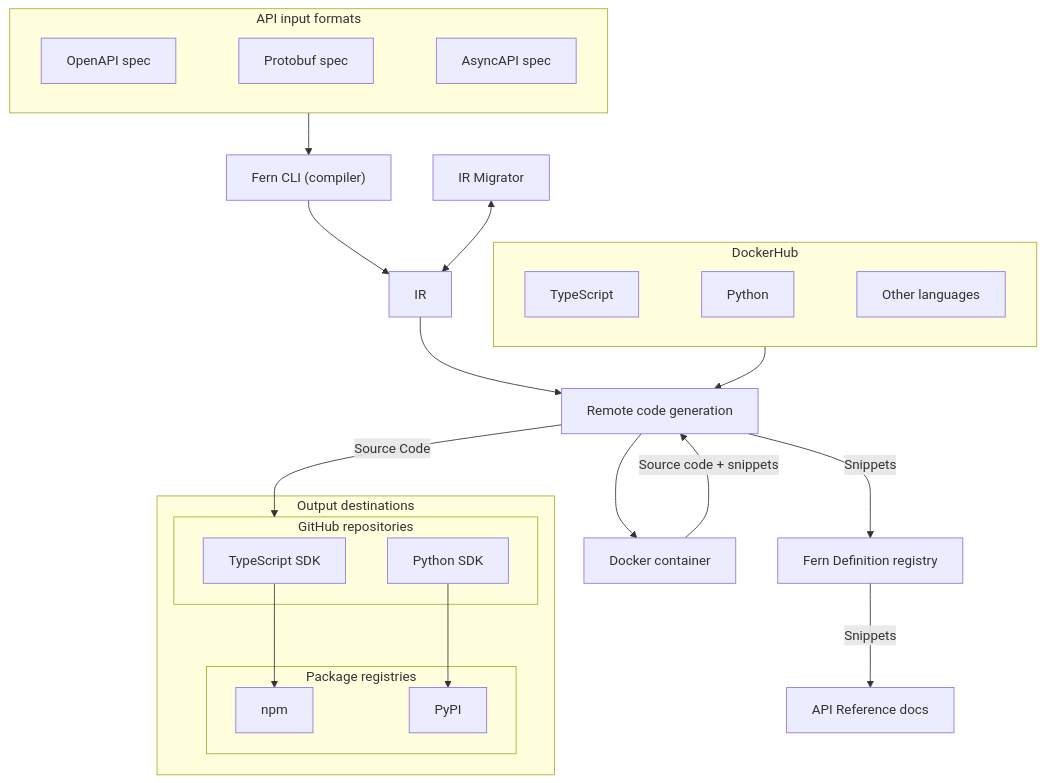
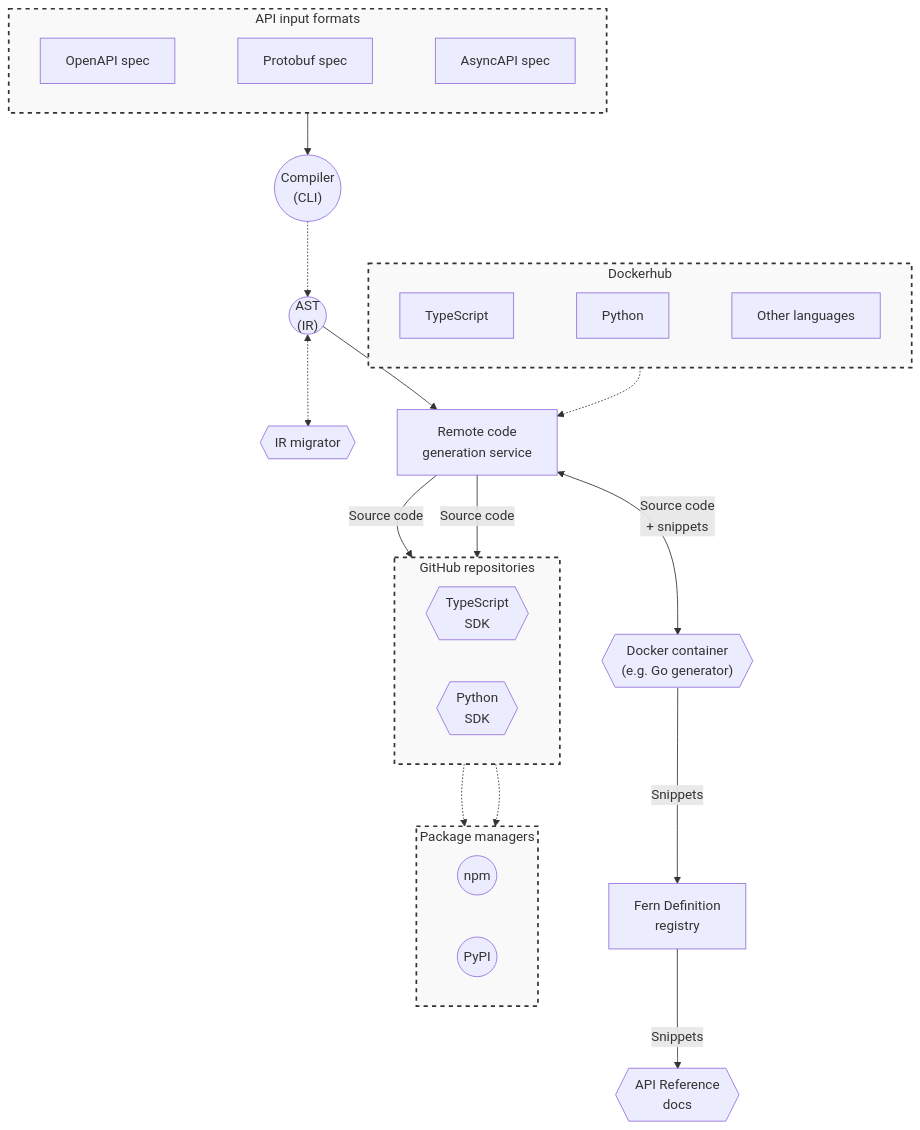
One commit to fern-api/docs changed the second of 3 diagrams in fern/products/sdks/how-it-works.mdx. Above: the diagram before and after it, drawn with Mermaid. The commit also changed other lines of this file, not shown here.

Commit message:
horizontal and vertical versions

````diff
--- a/fern/products/sdks/how-it-works.mdx
+++ b/fern/products/sdks/how-it-works.mdx
@@ -60,42 +60,62 @@
 ```mermaid
 flowchart TD
     subgraph inputs["API input formats"]
-        OpenAPI["OpenAPI spec"] ~~~ Protobuf["Protobuf spec"] ~~~ AsyncAPI["AsyncAPI spec"]
+        direction LR
+        OpenAPI["OpenAPI spec"]
+        Protobuf["Protobuf spec"]
+        AsyncAPI["AsyncAPI spec"]
+        OpenAPI ~~~ Protobuf ~~~ AsyncAPI
     end
 
-    subgraph dockerhub["DockerHub"]
-        TS["TypeScript"] ~~~ Python["Python"] ~~~ Other["Other languages"]
+    subgraph dockerhub["Dockerhub"]
+        direction LR
+        TS["TypeScript"]
+        Python["Python"]
+        Other["Other languages"]
+        TS ~~~ Python ~~~ Other
     end
 
-    subgraph outputs["Output destinations"]
-        subgraph repos["GitHub repositories"]
-            TSSDK["TypeScript SDK"]
-            PythonSDK["Python SDK"]
-        end
-        subgraph registries["Package registries"]
-            npm["npm"]
-            PyPI["PyPI"]
-        end
+
+    CLI(("Compiler<br/>(CLI)"))
+    IR(("AST<br/>(IR)"))
+    IRMigrator{{"IR migrator"}}
+
+    RemoteGen["Remote code<br/>generation service"]
+    DockerContainer{{"Docker container<br/>(e.g. Go generator)"}}
+
+
+    Registry["Fern Definition<br/>registry"]
+    Docs{{"API Reference<br/>docs"}}
+
+    subgraph repos["GitHub repositories"]
+        direction LR
+        TSSDK{{"TypeScript<br/>SDK"}}
+        PythonSDK{{"Python<br/>SDK"}}
     end
 
-    CLI["Fern CLI (compiler)"]
-    IRMigrator["IR Migrator"]
-    IR["IR"]
-    RemoteGen["Remote code generation"]
-    DockerContainer["Docker container"]
-    Registry["Fern Definition registry"]
-    Docs["API Reference docs"]
+    subgraph registries["Package managers"]
+        direction LR
+        npm(("npm"))
+        PyPI(("PyPI"))
+    end
 
     inputs --> CLI
-    CLI --> IR
-    IRMigrator <--> IR
+    CLI -.-> IR
+    IR <-.-> IRMigrator
     IR --> RemoteGen
-    dockerhub --> RemoteGen
-    RemoteGen --> DockerContainer
-    DockerContainer -->|"Source code + snippets"| RemoteGen
-    RemoteGen -->|"Snippets"| Registry
-    RemoteGen -->|"Source Code"| repos
+
+    dockerhub -.-> RemoteGen
+
+    RemoteGen -->|"Source code"| TSSDK
+    RemoteGen -->|"Source code"| PythonSDK
+    RemoteGen <-->|"Source code<br/>+ snippets"| DockerContainer
+
+    DockerContainer -->|"Snippets"| Registry
     Registry -->|"Snippets"| Docs
-    TSSDK --> npm
-    PythonSDK --> PyPI
+
+    TSSDK -.-> npm
+    PythonSDK -.-> PyPI
+
+    classDef groupStyle fill:#f9f9f9,stroke:#333,stroke-width:2px,stroke-dasharray: 5 5
+    class inputs,dockerhub,repos,registries groupStyle
 ```
````
